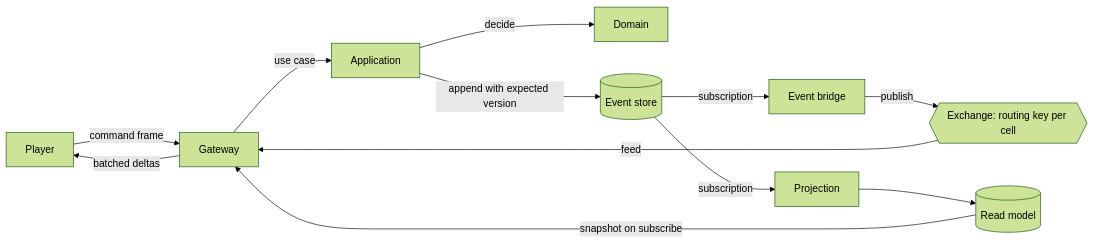
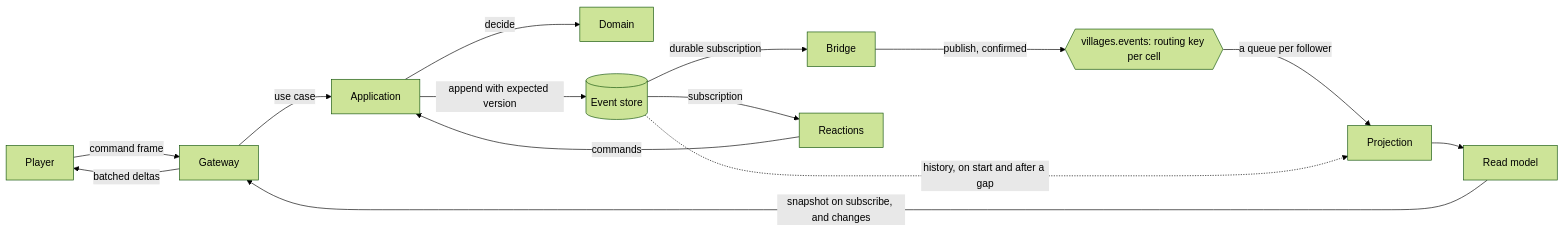
The diagram in docs/ARCHITECTURE.md (Ghilt/Villages), drawn with Mermaid (forest theme) before and after one commit. The commit also changed other lines of this file and 13 other files, not shown here.

````diff
--- a/docs/ARCHITECTURE.md
+++ b/docs/ARCHITECTURE.md
@@ -217,14 +220,16 @@
 ```mermaid
 flowchart LR
   P[Player] -->|command frame| G[Gateway]
   G -->|use case| A[Application]
   A -->|decide| D[Domain]
   A -->|append with expected version| ES[(Event store)]
-  ES -->|subscription| BR[Event bridge]
-  ES -->|subscription| PR[Projection]
-  BR -->|publish| X{{Exchange: routing key per cell}}
-  PR --> RM[(Read model)]
-  X -->|feed| G
-  RM -->|snapshot on subscribe| G
+  ES -->|durable subscription| BR[Bridge]
+  ES -->|subscription| RE[Reactions]
+  RE -->|commands| A
+  BR -->|publish, confirmed| X{{villages.events: routing key per cell}}
+  X -->|a queue per follower| PR[Projection]
+  ES -.->|history, on start and after a gap| PR
+  PR --> RM[Read model]
+  RM -->|snapshot on subscribe, and changes| G
   G -->|batched deltas| P
 ```
````
